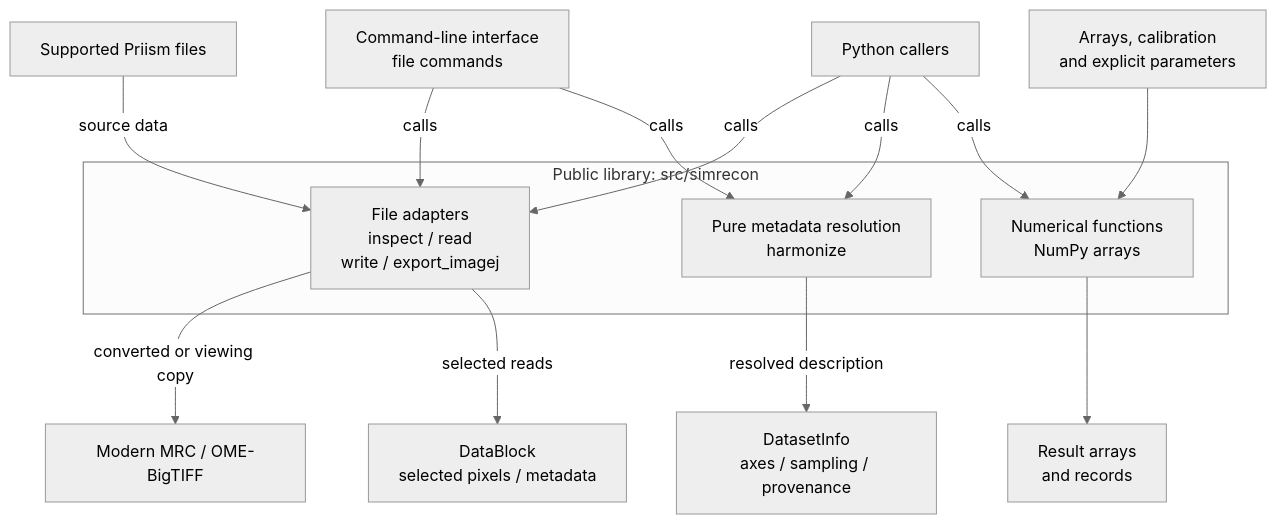
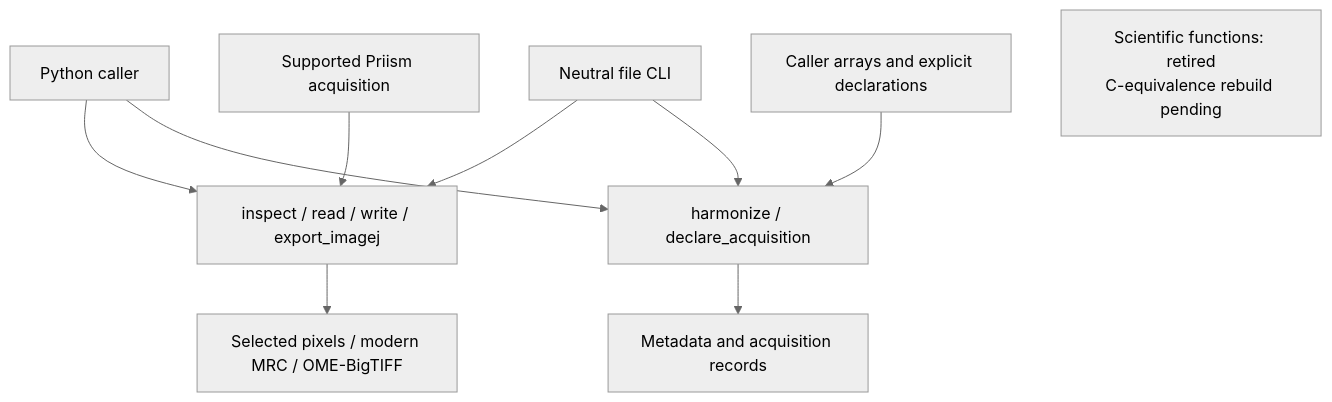
One commit to david-hoffman/simrecon changed the diagram in README.md. Above: the diagram before and after it, drawn with Mermaid (neutral theme). The commit also changed other lines of this file and 250 other files, not shown here.

````diff
--- a/README.md
+++ b/README.md
@@ -60,21 +32,12 @@
 ```mermaid
 flowchart TD
-    Python["Python callers"] -->|calls| Files
-    Python -->|calls| Metadata
-    Python -->|calls| Numerics
-    CLI["Command-line interface<br/>file commands"] -->|calls| Files
-    CLI -->|calls| Metadata
-
-    subgraph Library["Public library: src/simrecon"]
-        Files["File adapters<br/>inspect / read<br/>write / export_imagej"]
-        Metadata["Pure metadata resolution<br/>harmonize"]
-        Numerics["Numerical functions<br/>NumPy arrays"]
-    end
-
-    Priism["Supported Priism files"] -->|source data| Files
-    Files -->|converted or viewing copy| Exports["Modern MRC / OME-BigTIFF"]
-    Files -->|selected reads| Blocks["DataBlock<br/>selected pixels / metadata"]
-    Metadata -->|resolved description| Info["DatasetInfo<br/>axes / sampling / provenance"]
-    Arrays["Arrays, calibration<br/>and explicit parameters"] --> Numerics
-    Numerics --> Results["Result arrays<br/>and records"]
+    Python["Python caller"] --> Files["inspect / read / write / export_imagej"]
+    Python --> Metadata["harmonize / declare_acquisition"]
+    CLI["Neutral file CLI"] --> Files
+    CLI --> Metadata
+    Source["Supported Priism acquisition"] --> Files
+    Arrays["Caller arrays and explicit declarations"] --> Metadata
+    Files --> Output["Selected pixels / modern MRC / OME-BigTIFF"]
+    Metadata --> Records["Metadata and acquisition records"]
+    Future["Scientific functions: retired<br/>C-equivalence rebuild pending"]
 ```
````
